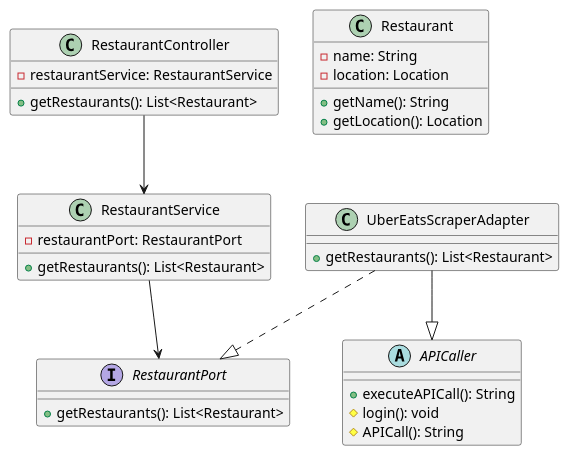
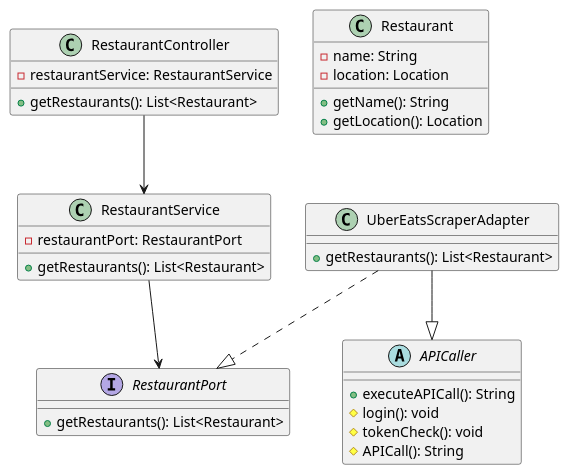
One commit to AIM-ENE-feb25/triptop-beca changed the diagram in voorbereiding-les3-week2/classDiagramBE-eva.puml. Above: the diagram before and after it, drawn with PlantUML.

Commit message:
toevoeging methode

```diff
--- a/voorbereiding-les3-week2/classDiagramBE-eva.puml
+++ b/voorbereiding-les3-week2/classDiagramBE-eva.puml
@@ -1,43 +1,44 @@
 @startuml
 'https://plantuml.com/class-diagram
 
 class RestaurantController {
 - restaurantService: RestaurantService
 
 + getRestaurants(): List<Restaurant>
 }
 
 class RestaurantService {
 - restaurantPort: RestaurantPort
 
 + getRestaurants(): List<Restaurant>
 }
 
 abstract class APICaller {
 + executeAPICall(): String
 # login(): void
+# tokenCheck(): void
 # APICall(): String
 }
 
 interface RestaurantPort {
 + getRestaurants(): List<Restaurant>
 }
 
 class UberEatsScraperAdapter {
 + getRestaurants(): List<Restaurant>
 }
 
 class Restaurant {
 - name: String
 - location: Location
 + getName(): String
 + getLocation(): Location
 }
 
 RestaurantController --> RestaurantService
 RestaurantService --> RestaurantPort
 UberEatsScraperAdapter ..|> RestaurantPort
 UberEatsScraperAdapter --|> APICaller
 
 
 @enduml
```
